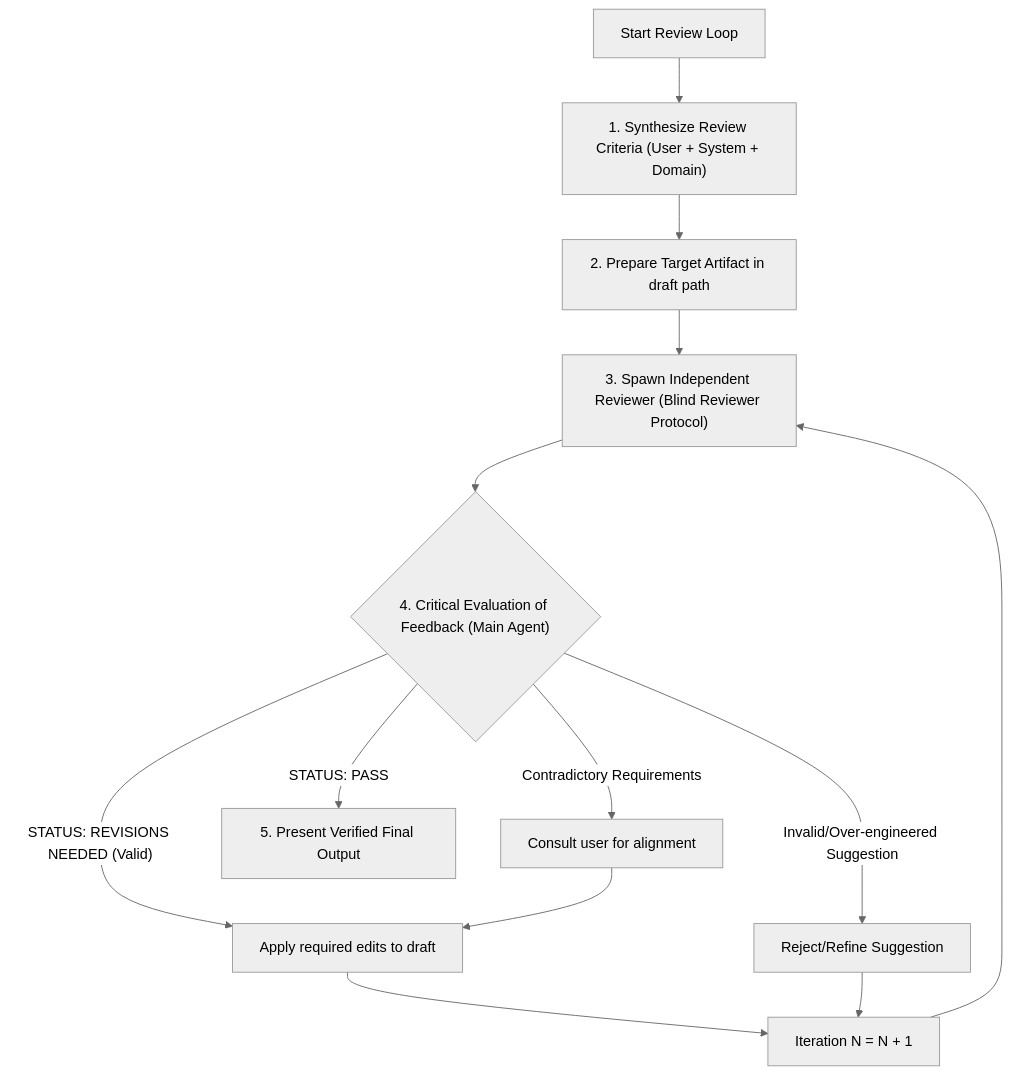
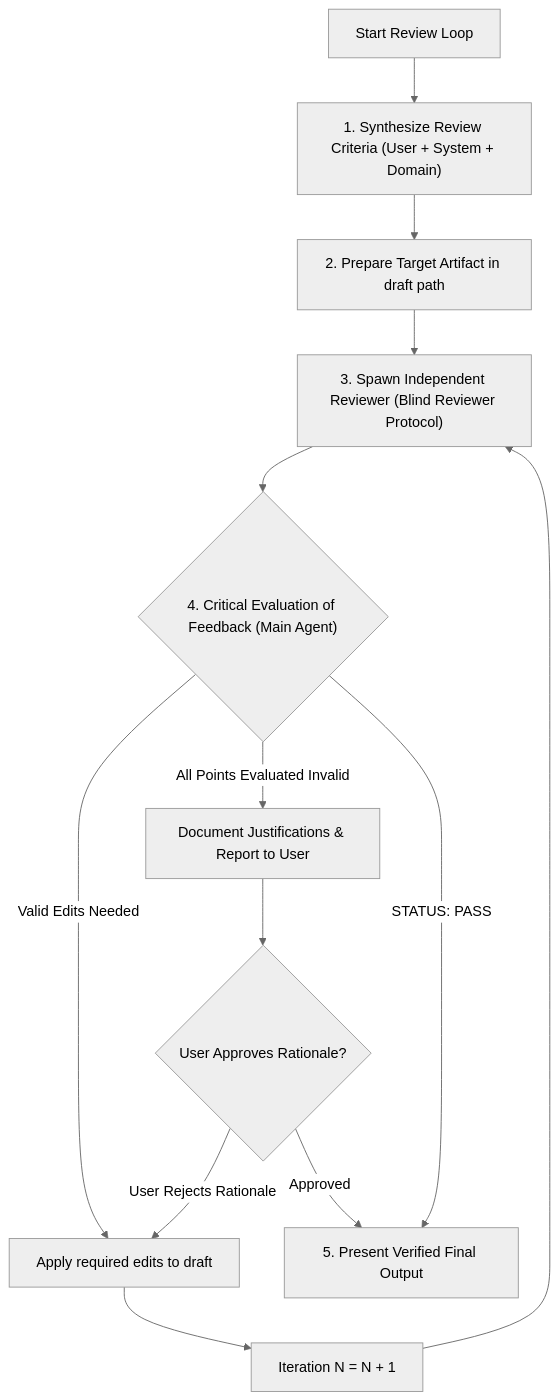
One commit to loerei/myskills changed the diagram in productivity/conduct-reviewing-loop/SKILL.md. Above: the diagram before and after it, drawn with Mermaid (neutral theme). The commit also changed other lines of this file and 1 other file, not shown here.

````diff
--- a/productivity/conduct-reviewing-loop/SKILL.md
+++ b/productivity/conduct-reviewing-loop/SKILL.md
@@ -12,11 +12,12 @@
 ```mermaid
 flowchart TD
     Start["Start Review Loop"] --> Synth["1. Synthesize Review Criteria (User + System + Domain)"]
     Synth --> Draft["2. Prepare Target Artifact in draft path"]
     Draft --> BlindSpawn["3. Spawn Independent Reviewer (Blind Reviewer Protocol)"]
     BlindSpawn --> CritEval{"4. Critical Evaluation of Feedback (Main Agent)"}
-    CritEval -->|"STATUS: REVISIONS NEEDED (Valid)"| ApplyEdits["Apply required edits to draft"] --> NextIter["Iteration N = N + 1"] --> BlindSpawn
-    CritEval -->|"Invalid/Over-engineered Suggestion"| RejectRefine["Reject/Refine Suggestion"] --> NextIter
-    CritEval -->|"Contradictory Requirements"| ConsultUser["Consult user for alignment"] --> ApplyEdits
-    CritEval -->|"STATUS: PASS"| Present["5. Present Verified Final Output"]
+    CritEval -->|"Valid Edits Needed"| ApplyEdits["Apply required edits to draft"] --> NextIter["Iteration N = N + 1"] --> BlindSpawn
+    CritEval -->|"All Points Evaluated Invalid"| JustifyUser["Document Justifications & Report to User"] --> UserGate{"User Approves Rationale?"}
+    UserGate -->|"Approved"| Present["5. Present Verified Final Output"]
+    UserGate -->|"User Rejects Rationale"| ApplyEdits
+    CritEval -->|"STATUS: PASS"| Present
 ```
````
